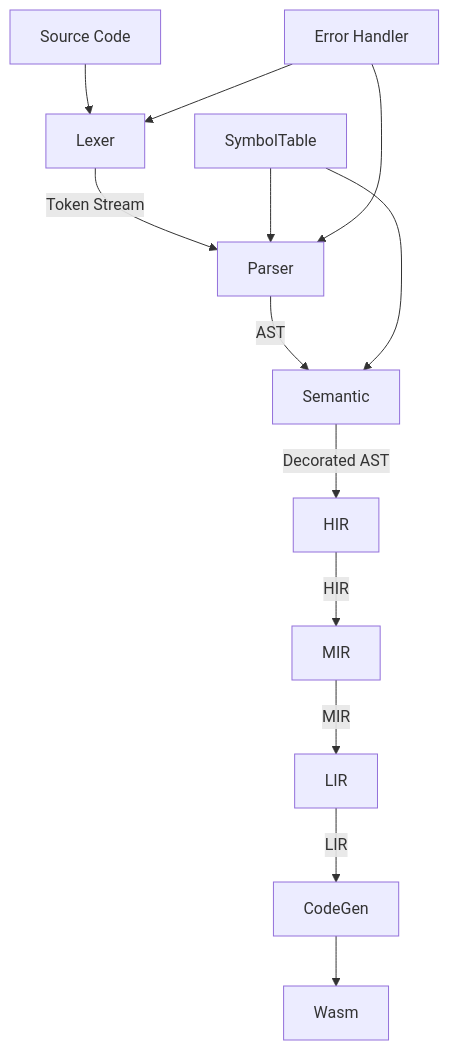
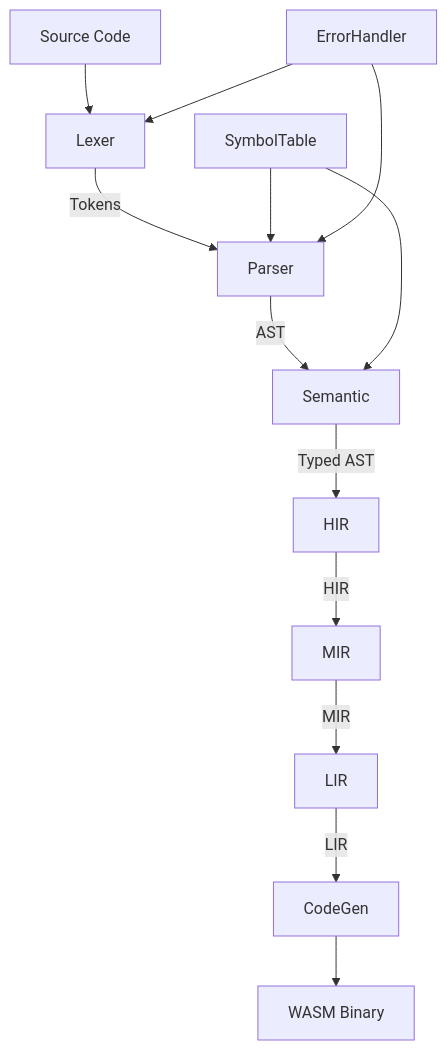
Before and after one commit to Ammar-Alnagar/Clike-Compiler: the first of 2 diagrams in README.md, drawn with Mermaid. The commit also changed other lines of this file, not shown here.

`````diff
--- a/README.md
+++ b/README.md
@@ -21,16 +29,16 @@
 ```mermaid
 flowchart TD
     Source[Source Code] --> Lexer
-    Lexer -->|Token Stream| Parser
+    Lexer -->|Tokens| Parser
     Parser -->|AST| Semantic
-    Semantic -->|Decorated AST| HIR
+    Semantic -->|Typed AST| HIR
     HIR -->|HIR| MIR
     MIR -->|MIR| LIR
     LIR -->|LIR| CodeGen
-    CodeGen --> Executable[Wasm]
+    CodeGen --> Executable[WASM Binary]
 
     SymbolTable --> Parser
     SymbolTable --> Semantic
-    ErrorHandler[Error Handler] --> Lexer
+    ErrorHandler --> Lexer
     ErrorHandler --> Parser
-```
+````
`````
